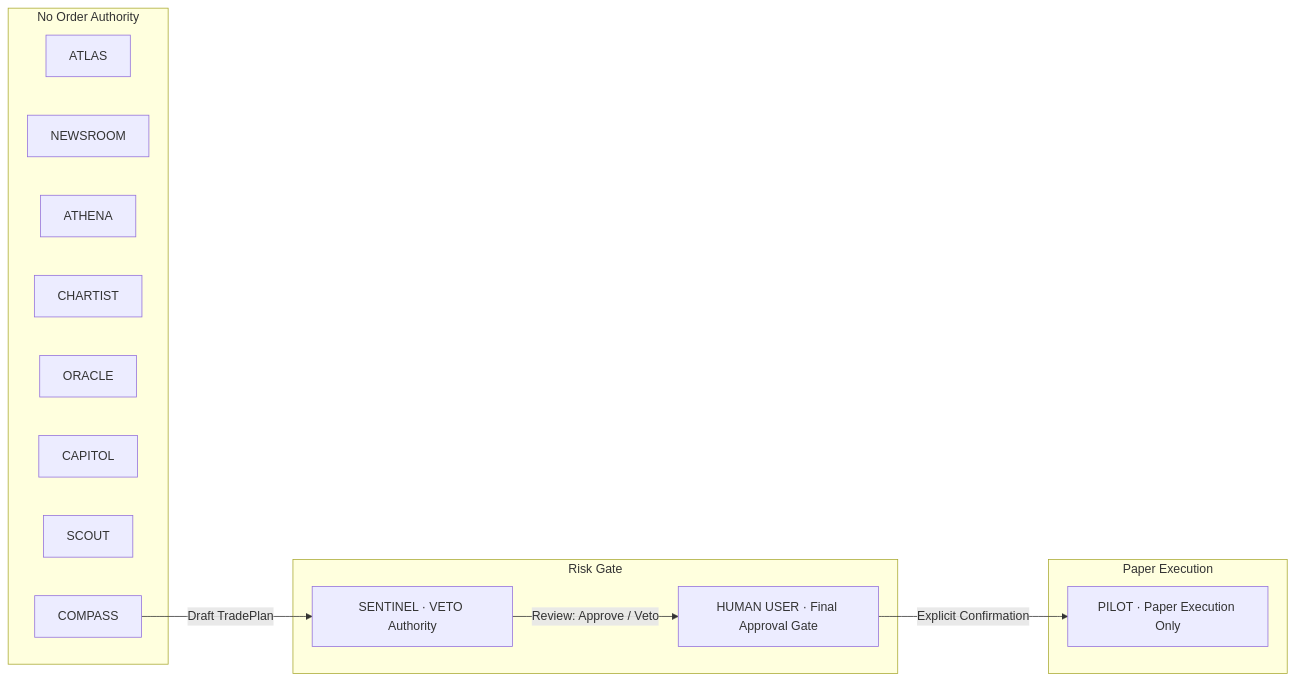
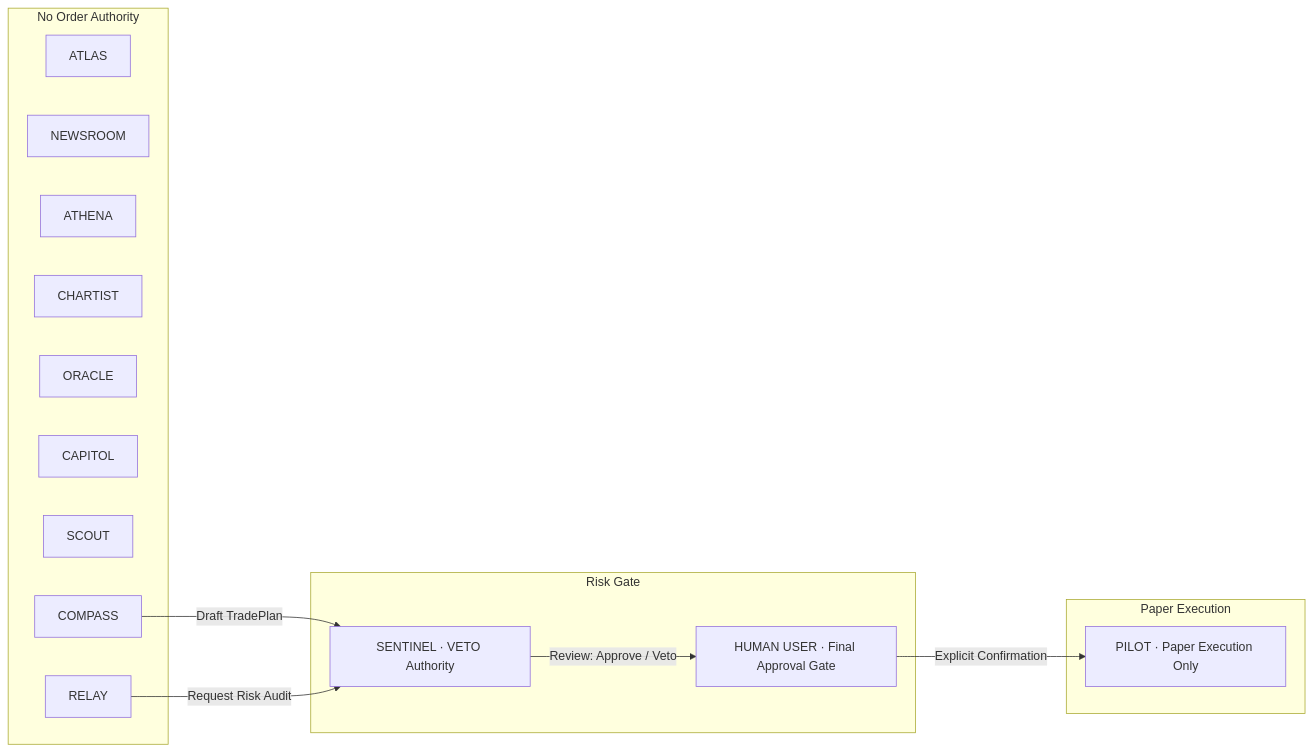
The diagram in SECURITY.md (Itzjay169/F.R.I.D.A.Y), drawn with Mermaid before and after one commit. The commit also changed other lines of this file and 21 other files, not shown here.

````diff
--- a/SECURITY.md
+++ b/SECURITY.md
@@ -29,26 +29,28 @@
 ```mermaid
 graph LR
     subgraph Read & Analyze Only [No Order Authority]
         ATLAS[ATLAS]
         NEWSROOM[NEWSROOM]
         ATHENA[ATHENA]
         CHARTIST[CHARTIST]
         ORACLE[ORACLE]
         CAPITOL[CAPITOL]
         SCOUT[SCOUT]
         COMPASS[COMPASS]
+        RELAY[RELAY]
     end
 
     subgraph Risk Gate
         SENTINEL[SENTINEL · VETO Authority]
         USER[HUMAN USER · Final Approval Gate]
     end
 
     subgraph Paper Execution
         PILOT[PILOT · Paper Execution Only]
     end
 
     COMPASS -->|Draft TradePlan| SENTINEL
+    RELAY -->|Request Risk Audit| SENTINEL
     SENTINEL -->|Review: Approve / Veto| USER
     USER -->|Explicit Confirmation| PILOT
 ```
````
